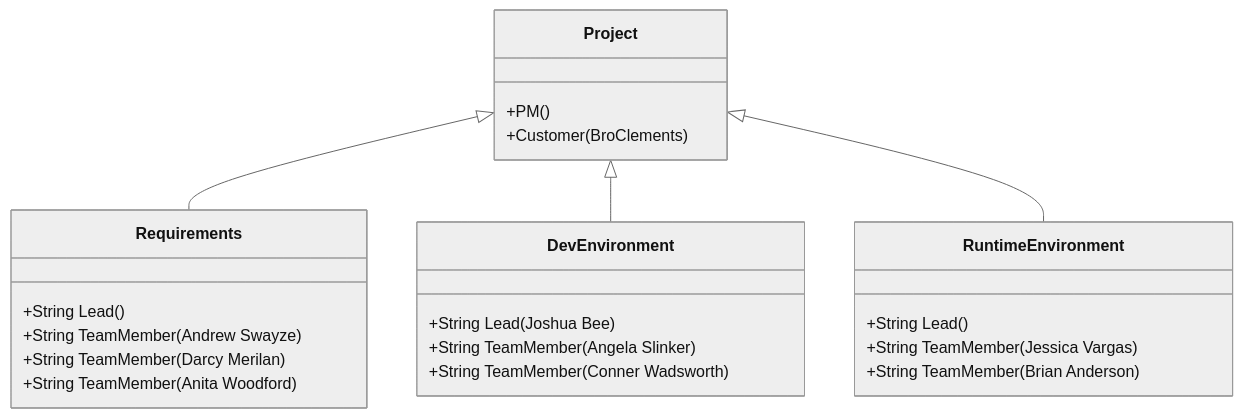
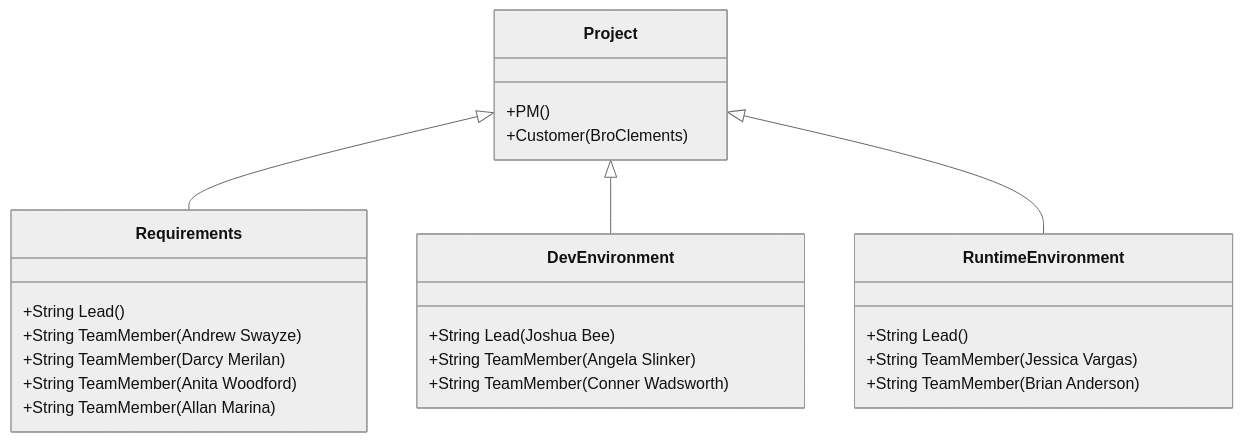
One commit to byui-cse397/2024WinCSE490PCP changed the first of 2 diagrams in ProjectManagement/OrganizationChart/OrganizationChart.md. Above: the diagram before and after it, drawn with Mermaid (neutral theme). The commit also changed other lines of this file, not shown here.

````diff
--- a/ProjectManagement/OrganizationChart/OrganizationChart.md
+++ b/ProjectManagement/OrganizationChart/OrganizationChart.md
@@ -2,24 +2,25 @@
 ```mermaid
 classDiagram
       Project <|-- Requirements
       Project <|-- DevEnvironment
       Project <|-- RuntimeEnvironment
       Project : +PM()
       Project : +Customer(BroClements)
       class Requirements{
           +String Lead()
           +String TeamMember(Andrew Swayze)
           +String TeamMember(Darcy Merilan)
           +String TeamMember(Anita Woodford)
+          +String TeamMember(Allan Marina)
       }
       class DevEnvironment{
           +String Lead(Joshua Bee)
           +String TeamMember(Angela Slinker)
           +String TeamMember(Conner Wadsworth)
       }
       class RuntimeEnvironment{
           +String Lead()
           +String TeamMember(Jessica Vargas)
           +String TeamMember(Brian Anderson)
       }
 ```
````
